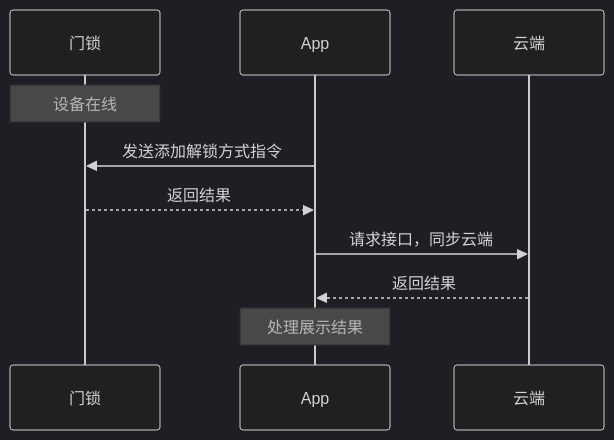
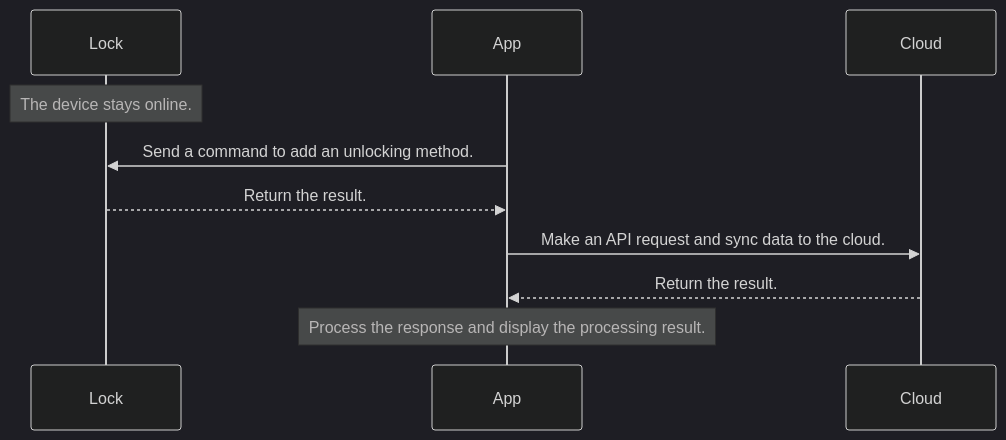
One commit to tuya/tuya-lock-android-demo changed the sixth of 11 diagrams in lock/README.md. Above: the diagram before and after it, drawn with Mermaid (dark theme). The commit also changed other lines of this file and 1 other file, not shown here.

````diff
--- a/lock/README.md
+++ b/lock/README.md
@@ -969,12 +989,12 @@
 ```mermaid
 sequenceDiagram
-participant D as 门锁
+participant D as Lock
 participant A as App
-participant C as 云端
-Note over D: 设备在线
-A->>D: 发送添加解锁方式指令
-D-->>A: 返回结果
-A->>C: 请求接口，同步云端
-C-->>A: 返回结果
-Note over A: 处理展示结果
+participant C as Cloud
+Note over D: The device stays online.
+A->>D: Send a command to add an unlocking method.
+D-->>A: Return the result.
+A->>C: Make an API request and sync data to the cloud.
+C-->>A: Return the result.
+Note over A: Process the response and display the processing result.
 ```
````
